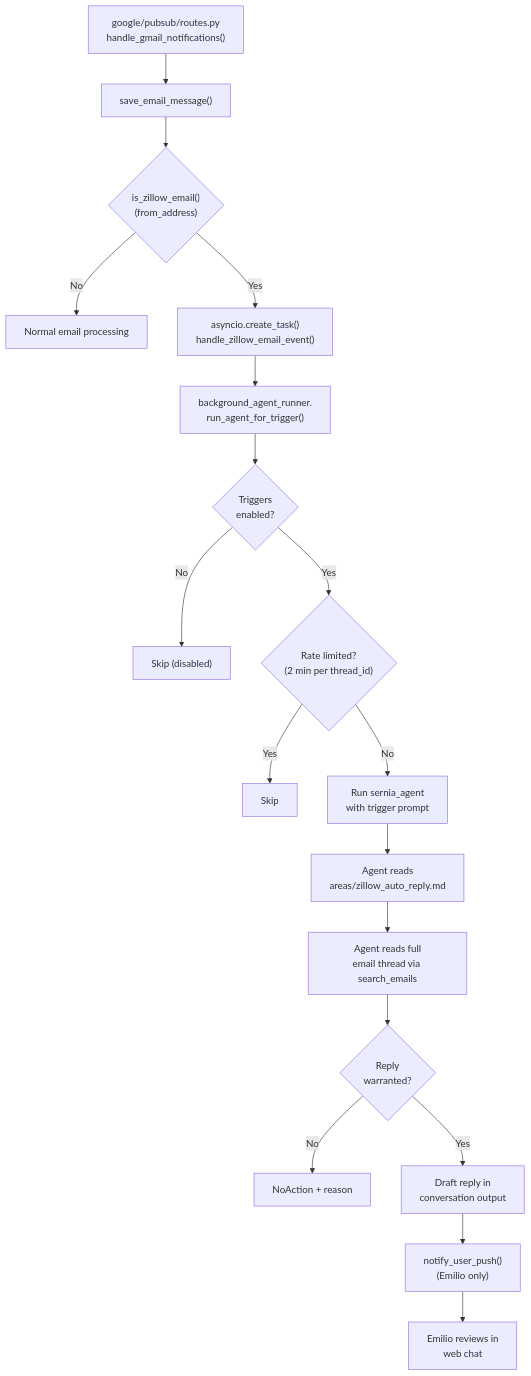
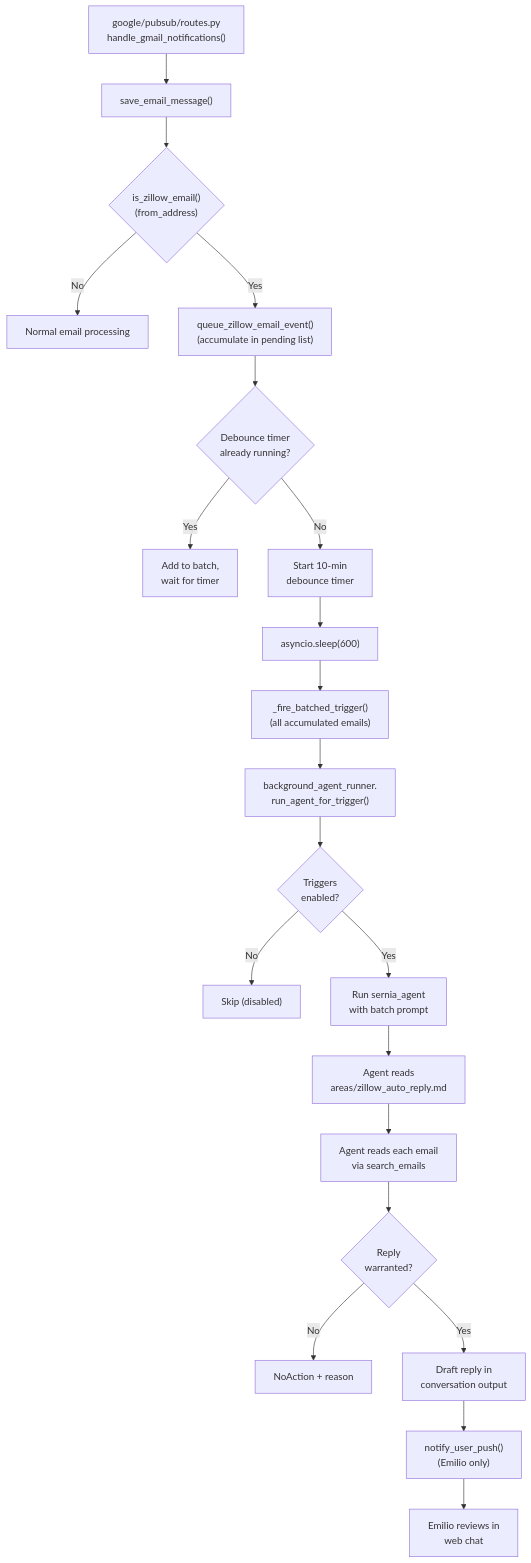
One commit to EmilioEsposito/portfolio changed the fourth of 4 diagrams in api/src/sernia_ai/triggers/README.md. Above: the diagram before and after it, drawn with Mermaid. The commit also changed other lines of this file and 3 other files, not shown here.

First line of the commit message:
feat: debounce Zillow email trigger with 10-min batching window

````diff
--- a/api/src/sernia_ai/triggers/README.md
+++ b/api/src/sernia_ai/triggers/README.md
@@ -106,22 +106,27 @@
 ```mermaid
 flowchart TD
     PUBSUB["google/pubsub/routes.py<br/>handle_gmail_notifications()"] --> SAVE["save_email_message()"]
     SAVE --> CHECK{"is_zillow_email()<br/>(from_address)"}
     CHECK -->|No| DONE["Normal email processing"]
-    CHECK -->|Yes| FIRE["asyncio.create_task()<br/>handle_zillow_email_event()"]
+    CHECK -->|Yes| QUEUE["queue_zillow_email_event()<br/>(accumulate in pending list)"]
+
+    QUEUE --> PENDING{"Debounce timer<br/>already running?"}
+    PENDING -->|Yes| BATCH["Add to batch,<br/>wait for timer"]
+    PENDING -->|No| TIMER["Start 10-min<br/>debounce timer"]
+
+    TIMER --> SLEEP["asyncio.sleep(600)"]
+    SLEEP --> FIRE["_fire_batched_trigger()<br/>(all accumulated emails)"]
 
     FIRE --> RUNNER["background_agent_runner.<br/>run_agent_for_trigger()"]
     RUNNER --> ENABLED{"Triggers<br/>enabled?"}
     ENABLED -->|No| SKIP["Skip (disabled)"]
-    ENABLED -->|Yes| RATE{"Rate limited?<br/>(2 min per thread_id)"}
-    RATE -->|Yes| SKIP2["Skip"]
-    RATE -->|No| AGENT["Run sernia_agent<br/>with trigger prompt"]
+    ENABLED -->|Yes| AGENT["Run sernia_agent<br/>with batch prompt"]
 
     AGENT --> GUIDE["Agent reads<br/>areas/zillow_auto_reply.md"]
-    GUIDE --> THREAD["Agent reads full<br/>email thread via search_emails"]
+    GUIDE --> THREAD["Agent reads each email<br/>via search_emails"]
     THREAD --> DECIDE{"Reply<br/>warranted?"}
     DECIDE -->|No| NOACTION["NoAction + reason"]
     DECIDE -->|Yes| DRAFT["Draft reply in<br/>conversation output"]
     DRAFT --> PUSH["notify_user_push()<br/>(Emilio only)"]
     PUSH --> REVIEW["Emilio reviews in<br/>web chat"]
 ```
````
